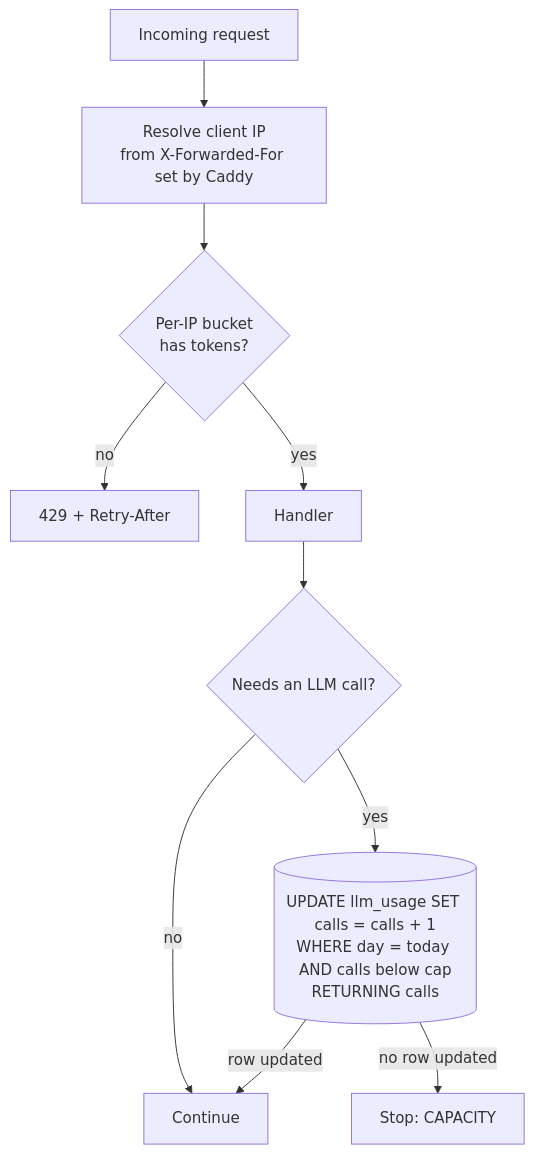
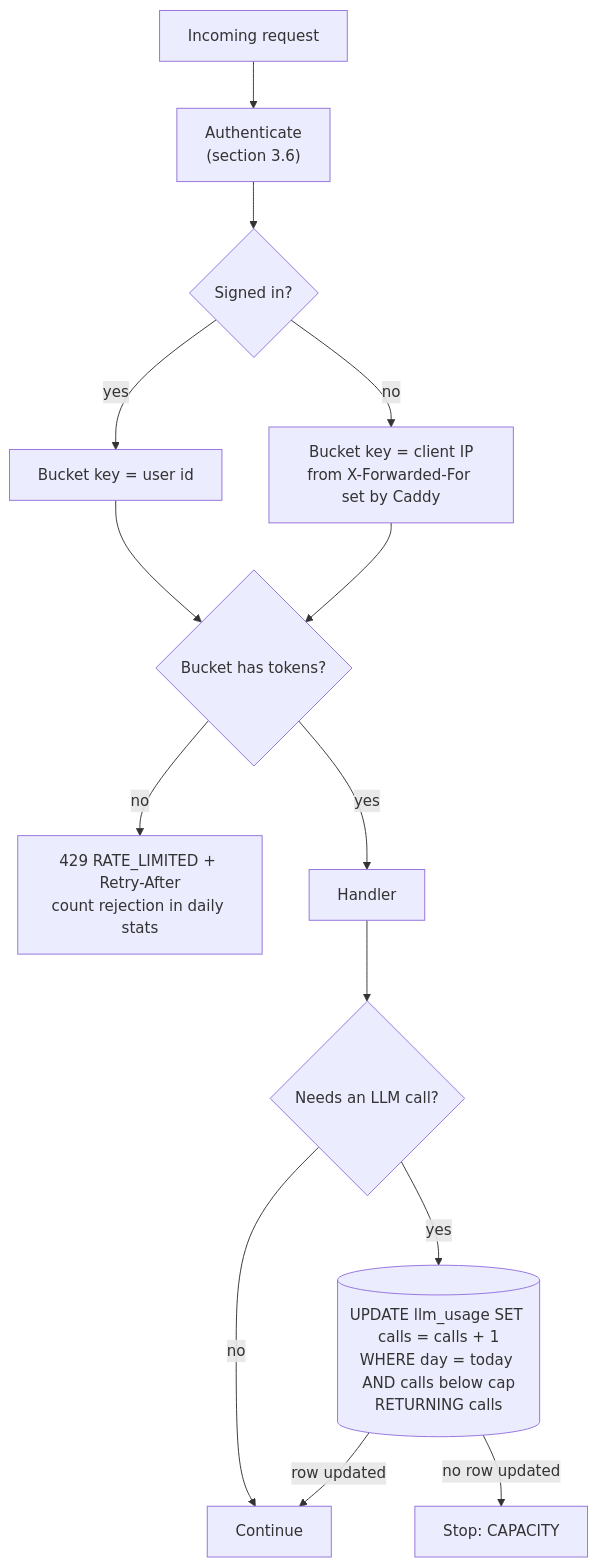
Before and after one commit to SaqibCod/medi-scan: diagram 20 of 20 in docs/medi-scan-dataflow.md, drawn with Mermaid. The commit also changed other lines of this file and 4 other files, not shown here.

````diff
--- a/docs/medi-scan-dataflow.md
+++ b/docs/medi-scan-dataflow.md
@@ -341,12 +657,16 @@
 ```mermaid
 flowchart TD
-    R["Incoming request"] --> IP["Resolve client IP<br/>from X-Forwarded-For set by Caddy"]
-    IP --> B{"Per-IP bucket<br/>has tokens?"}
-    B -->|"no"| R429["429 + Retry-After"]
+    R["Incoming request"] --> AUTH["Authenticate<br/>(section 3.6)"]
+    AUTH --> KEY{"Signed in?"}
+    KEY -->|"yes"| KU["Bucket key = user id"]
+    KEY -->|"no"| KI["Bucket key = client IP<br/>from X-Forwarded-For set by Caddy"]
+    KU --> B{"Bucket has tokens?"}
+    KI --> B
+    B -->|"no"| R429["429 RATE_LIMITED + Retry-After<br/>count rejection in daily stats"]
     B -->|"yes"| H["Handler"]
     H --> LLMQ{"Needs an LLM call?"}
     LLMQ -->|"no"| OK["Continue"]
     LLMQ -->|"yes"| INC[("UPDATE llm_usage SET calls = calls + 1<br/>WHERE day = today AND calls below cap<br/>RETURNING calls")]
     INC -->|"row updated"| OK
     INC -->|"no row updated"| CAPX["Stop: CAPACITY"]
 ```
````
